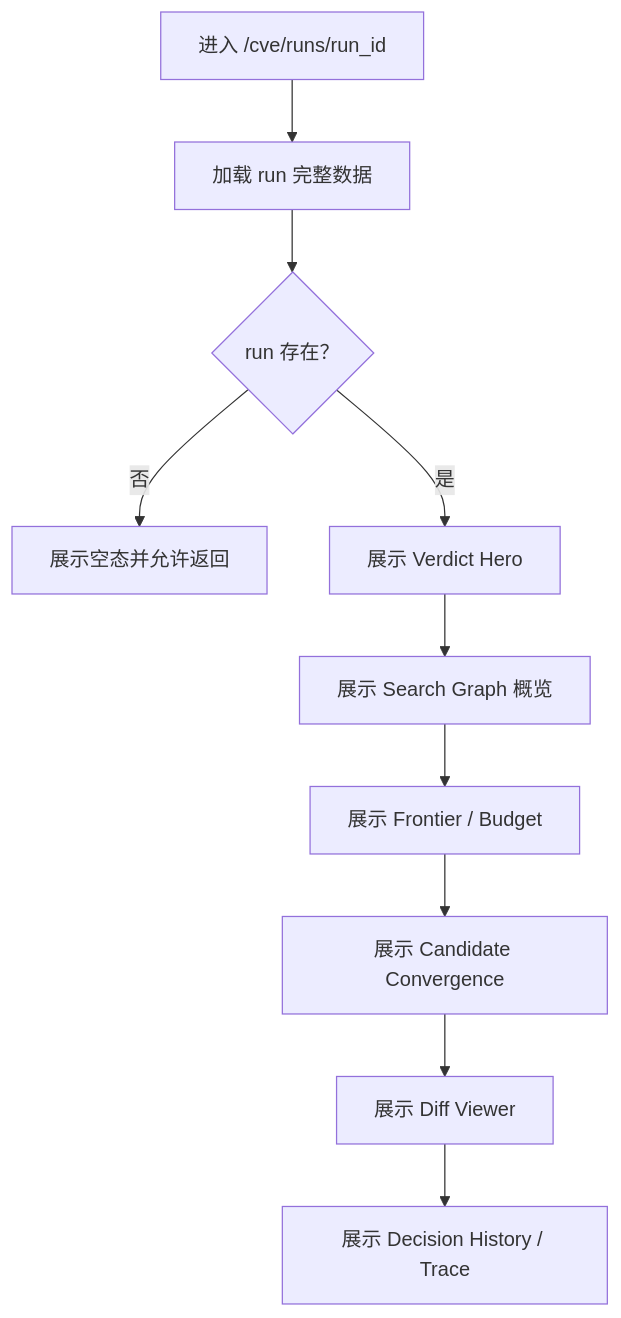
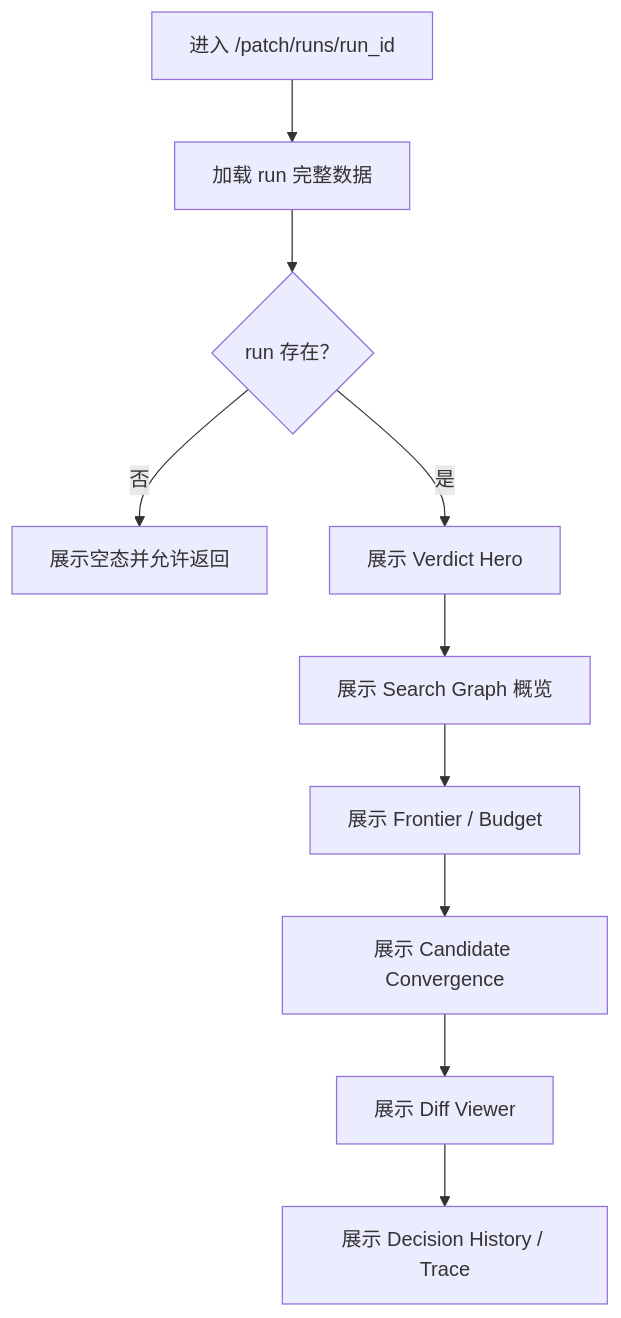
Before and after one commit to coeoo/AetherFlow: the diagram in docs/04-功能设计/M102-CVE运行详情与补丁证据功能设计.md, drawn with Mermaid. The commit also changed other lines of this file and 26 other files, not shown here.

````diff
--- a/docs/04-功能设计/M102-CVE运行详情与补丁证据功能设计.md
+++ b/docs/04-功能设计/M102-CVE运行详情与补丁证据功能设计.md
@@ -78,12 +78,12 @@
 ```mermaid
 flowchart TD
-    A["进入 /cve/runs/run_id"] --> B["加载 run 完整数据"]
+    A["进入 /patch/runs/run_id"] --> B["加载 run 完整数据"]
     B --> C{"run 存在？"}
     C -->|否| D["展示空态并允许返回"]
     C -->|是| E["展示 Verdict Hero"]
     E --> F["展示 Search Graph 概览"]
     F --> G["展示 Frontier / Budget"]
     G --> H["展示 Candidate Convergence"]
     H --> I["展示 Diff Viewer"]
     I --> J["展示 Decision History / Trace"]
 ```
````
